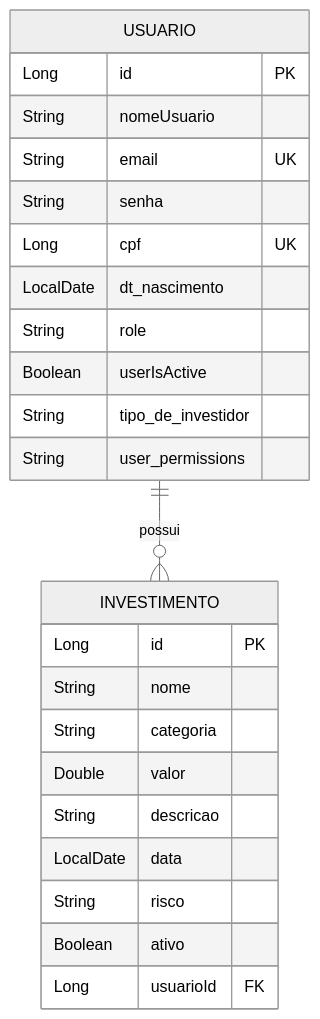
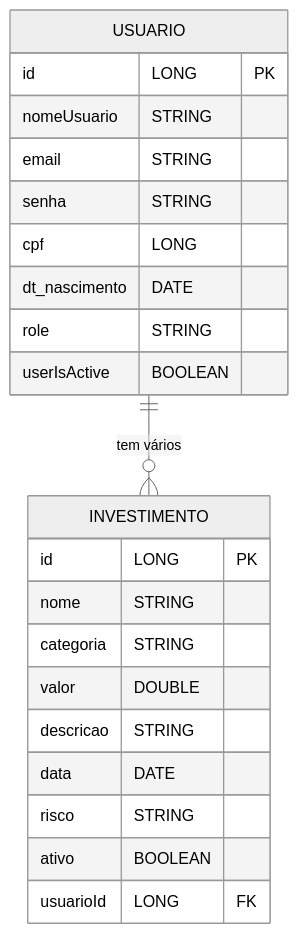
The second of 4 diagrams in README.md (luigiferrarasinno/api_login_java_spring_boot), drawn with Mermaid (neutral theme) before and after one commit. The commit also changed other lines of this file, not shown here.

````diff
--- a/README.md
+++ b/README.md
@@ -197,29 +157,27 @@
 ```mermaid
 erDiagram
     USUARIO {
-        Long id PK
-        String nomeUsuario
-        String email UK
-        String senha
-        Long cpf UK
-        LocalDate dt_nascimento
-        String role
-        Boolean userIsActive
-        String tipo_de_investidor
-        String user_permissions
+        id LONG PK
+        nomeUsuario STRING
+        email STRING
+        senha STRING
+        cpf LONG
+        dt_nascimento DATE
+        role STRING
+        userIsActive BOOLEAN
     }
     
     INVESTIMENTO {
-        Long id PK
-        String nome
-        String categoria
-        Double valor
-        String descricao
-        LocalDate data
-        String risco
-        Boolean ativo
-        Long usuarioId FK
+        id LONG PK
+        nome STRING
+        categoria STRING
+        valor DOUBLE
+        descricao STRING
+        data DATE
+        risco STRING
+        ativo BOOLEAN
+        usuarioId LONG FK
     }
     
-    USUARIO ||--o{ INVESTIMENTO : "possui"
+    USUARIO ||--o{ INVESTIMENTO : "tem vários"
 ```
````
